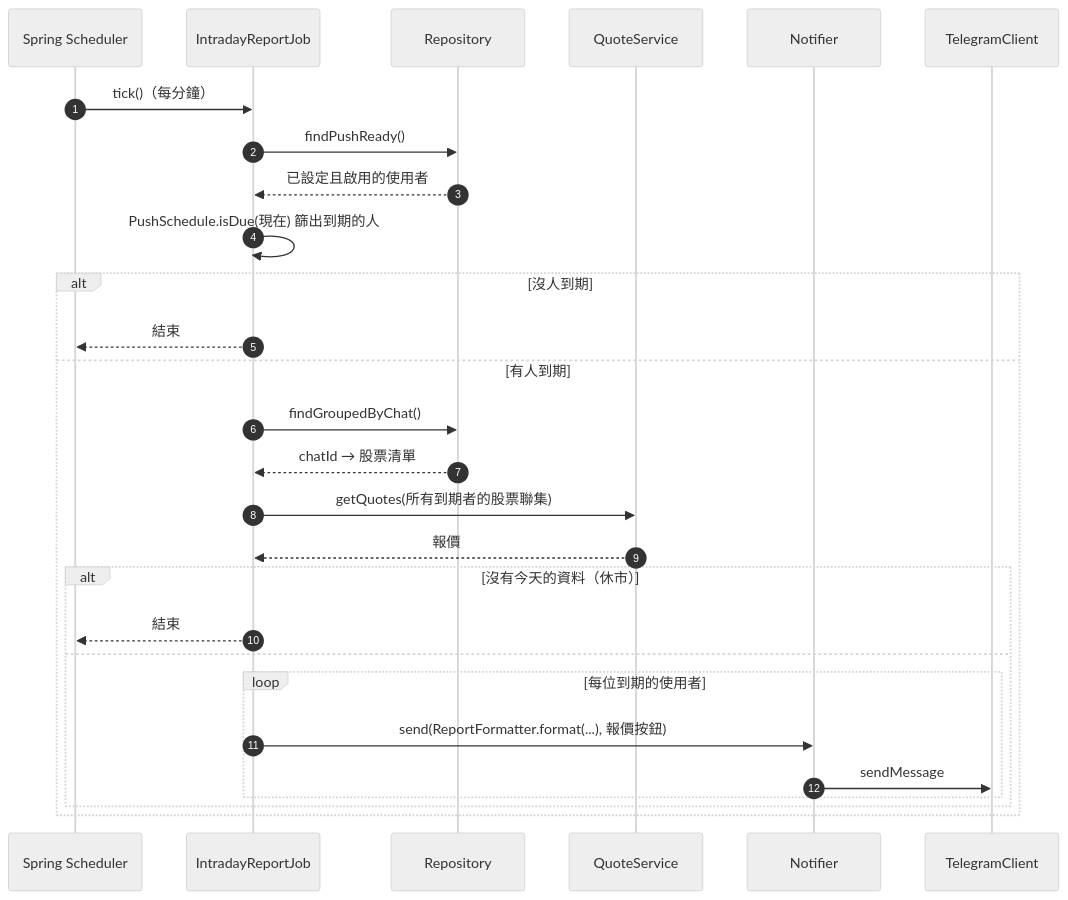
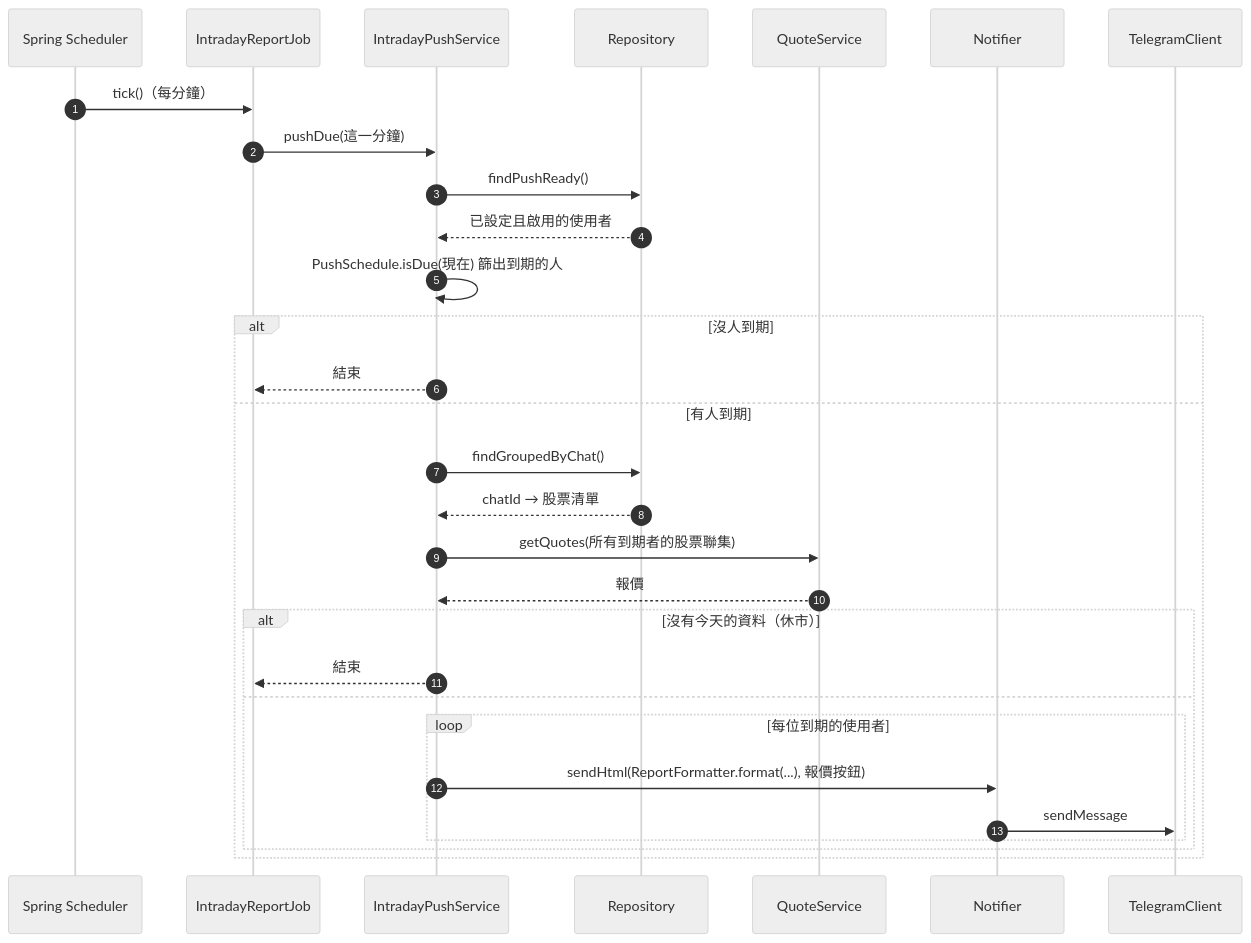
Before and after one commit to enochctcg/stock-bot-2: the third of 6 diagrams in docs/flow.md, drawn with Mermaid (neutral theme). The commit also changed other lines of this file and 78 other files, not shown here.

````diff
--- a/docs/flow.md
+++ b/docs/flow.md
@@ -118,31 +128,33 @@
 ```mermaid
 sequenceDiagram
     autonumber
     participant S as Spring Scheduler
     participant J as IntradayReportJob
+    participant P as IntradayPushService
     participant R as Repository
     participant Q as QuoteService
     participant N as Notifier
     participant C as TelegramClient
 
     S->>J: tick()（每分鐘）
-    J->>R: findPushReady()
-    R-->>J: 已設定且啟用的使用者
-    J->>J: PushSchedule.isDue(現在) 篩出到期的人
+    J->>P: pushDue(這一分鐘)
+    P->>R: findPushReady()
+    R-->>P: 已設定且啟用的使用者
+    P->>P: PushSchedule.isDue(現在) 篩出到期的人
     alt 沒人到期
-        J-->>S: 結束
+        P-->>J: 結束
     else 有人到期
-        J->>R: findGroupedByChat()
-        R-->>J: chatId → 股票清單
-        J->>Q: getQuotes(所有到期者的股票聯集)
-        Q-->>J: 報價
+        P->>R: findGroupedByChat()
+        R-->>P: chatId → 股票清單
+        P->>Q: getQuotes(所有到期者的股票聯集)
+        Q-->>P: 報價
         alt 沒有今天的資料（休市）
-            J-->>S: 結束
+            P-->>J: 結束
         else
             loop 每位到期的使用者
-                J->>N: send(ReportFormatter.format(...), 報價按鈕)
+                P->>N: sendHtml(ReportFormatter.format(...), 報價按鈕)
                 N->>C: sendMessage
             end
         end
     end
 ```
````
